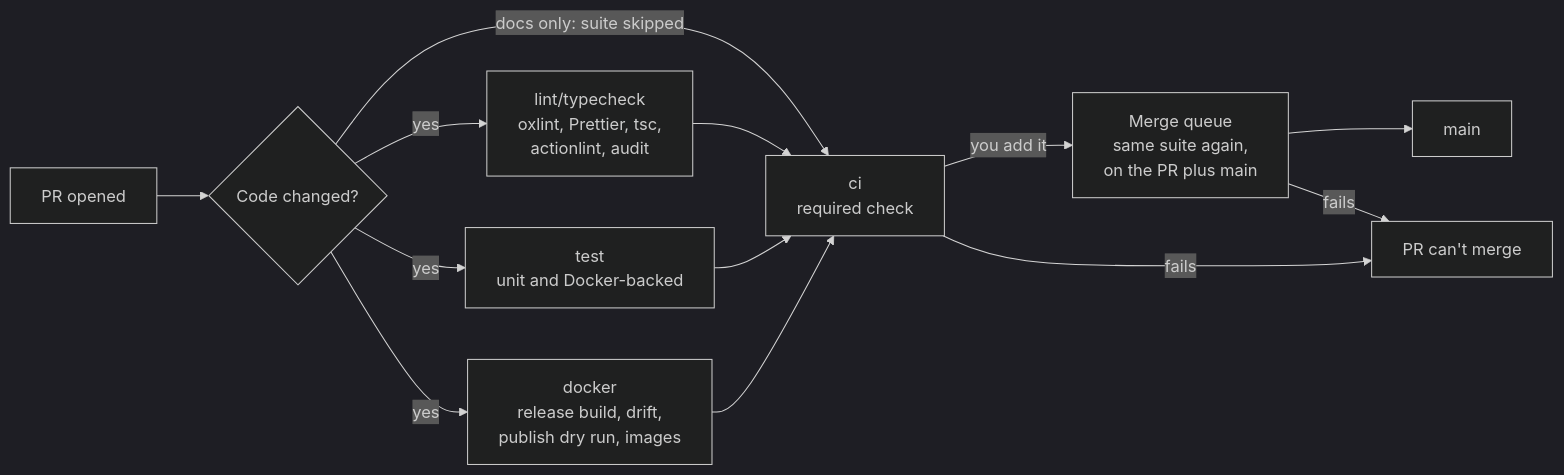
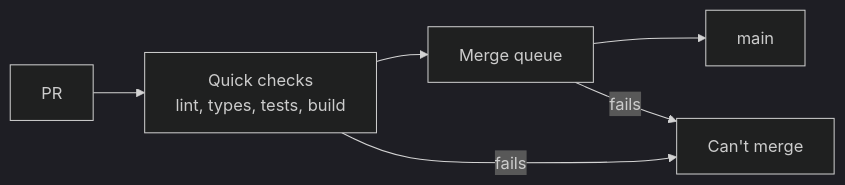
One commit to typesmiths/decohere changed the first of 2 diagrams in docs/ci/README.md. Above: the diagram before and after it, drawn with Mermaid (dark theme). The commit also changed other lines of this file, not shown here.

Commit message:
docs(ci): simplify the flow diagrams to the high-level steps

````diff
--- a/docs/ci/README.md
+++ b/docs/ci/README.md
@@ -22,15 +22,8 @@
 ```mermaid
 flowchart LR
-  pr["PR opened"] --> changes{"Code changed?"}
-  changes -- "docs only: suite skipped" --> ci
-  changes -- yes --> lint["lint/typecheck<br/>oxlint, Prettier, tsc,<br/>actionlint, audit"]
-  changes -- yes --> test["test<br/>unit and Docker-backed"]
-  changes -- yes --> docker["docker<br/>release build, drift,<br/>publish dry run, images"]
-  lint --> ci["ci<br/>required check"]
-  test --> ci
-  docker --> ci
-  ci -- "you add it" --> queue["Merge queue<br/>same suite again,<br/>on the PR plus main"]
+  pr["PR"] --> checks["Quick checks<br/>lint, types, tests, build"]
+  checks --> queue["Merge queue"]
   queue --> main["main"]
-  ci -- fails --> stop["PR can't merge"]
+  checks -- fails --> stop["Can't merge"]
   queue -- fails --> stop
 ```
````
